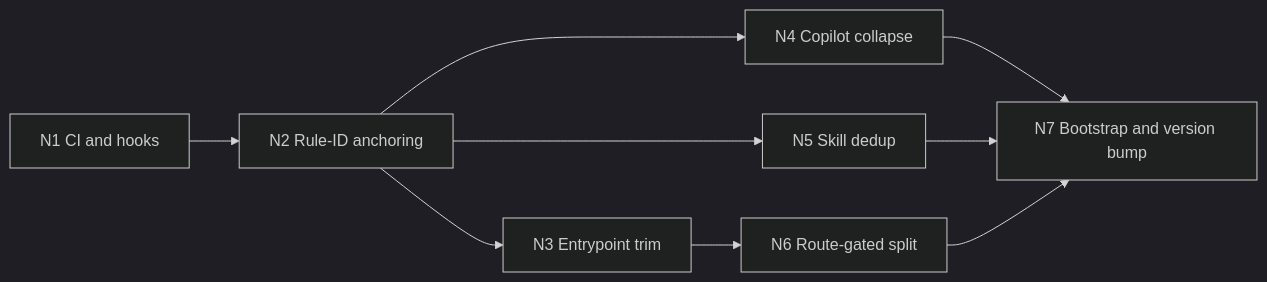
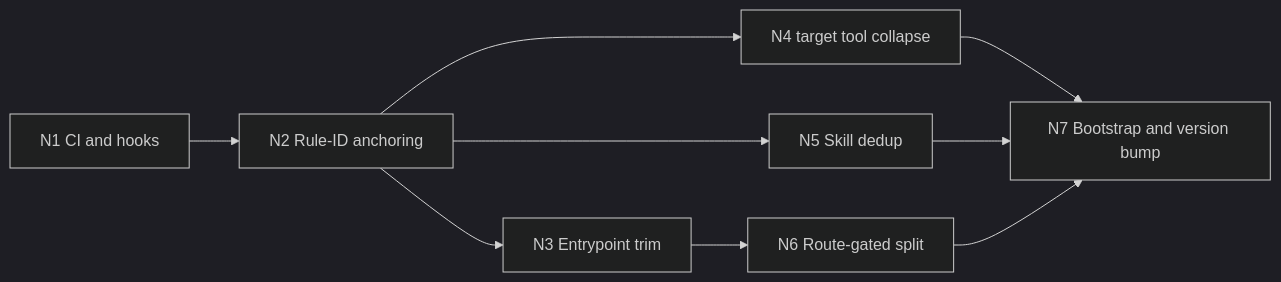
The diagram in docs/implementation-plans/IP-0001-context-efficiency-and-contract-enforcement.md (vicxander/vicxander-agentic-workflows), drawn with Mermaid (dark theme) before and after one commit. The commit also changed other lines of this file and 141 other files, not shown here.

````diff
--- a/docs/implementation-plans/IP-0001-context-efficiency-and-contract-enforcement.md
+++ b/docs/implementation-plans/IP-0001-context-efficiency-and-contract-enforcement.md
@@ -205,11 +205,11 @@
 ```mermaid
 flowchart LR
     N1["N1 CI and hooks"] --> N2["N2 Rule-ID anchoring"]
     N2 --> N3["N3 Entrypoint trim"]
-    N2 --> N4["N4 Copilot collapse"]
+    N2 --> N4["N4 target tool collapse"]
     N2 --> N5["N5 Skill dedup"]
     N3 --> N6["N6 Route-gated split"]
     N4 --> N7["N7 Bootstrap and version bump"]
     N5 --> N7
     N6 --> N7
 ```
````
